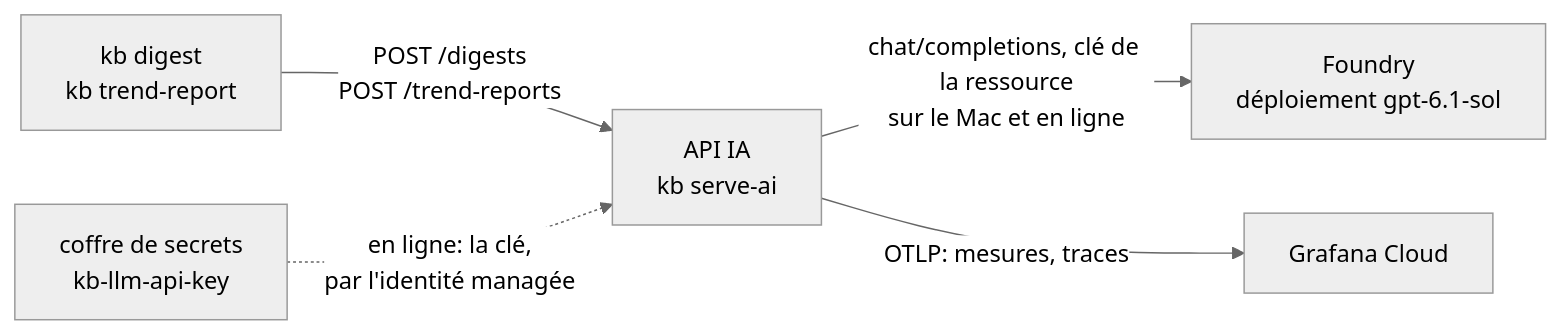
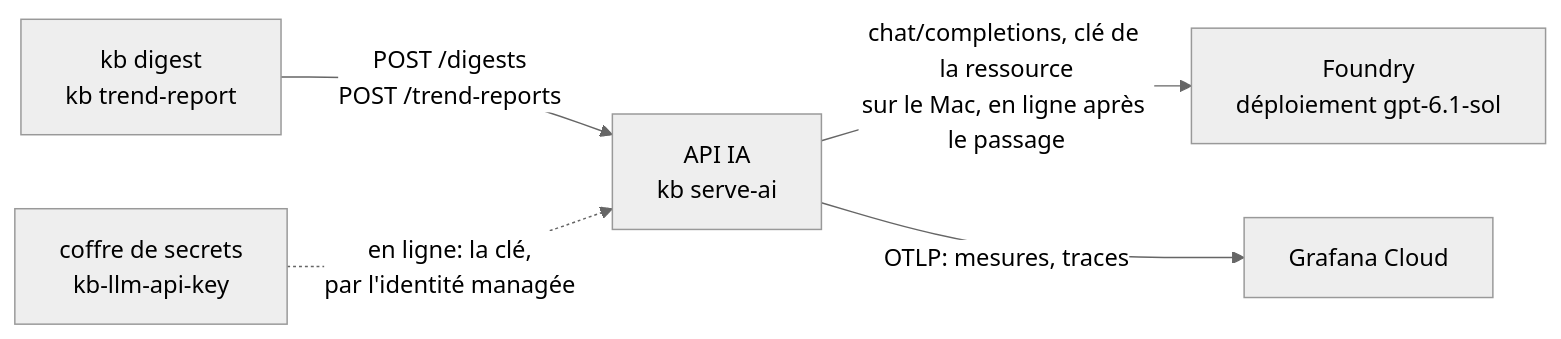
Before and after one commit to SabineLaurent/K-B: the diagram in documentation/service_ia_pour_docu.md, drawn with Mermaid (neutral theme). The commit also changed other lines of this file and 7 other files, not shown here.

````diff
--- a/documentation/service_ia_pour_docu.md
+++ b/documentation/service_ia_pour_docu.md
@@ -307,9 +300,9 @@
 ```mermaid
 flowchart LR
     accTitle: Qui appelle le service d'IA et ce dont l'appel dépend
-    accDescr: kb digest et kb trend-report appellent l'API IA, qui appelle le déploiement gpt-6.1-sol de Foundry par la clé de la ressource et envoie ses mesures et ses traces à Grafana Cloud. En ligne, la clé vient du coffre de secrets, par l'identité managée.
+    accDescr: kb digest et kb trend-report appellent l'API IA, qui appelle le déploiement gpt-6.1-sol de Foundry par la clé de la ressource, sur le Mac, et en ligne après le passage de la production, et envoie ses mesures et ses traces à Grafana Cloud. En ligne, la clé vient du coffre de secrets, par l'identité managée.
     digest["kb digest<br>kb trend-report"] -->|"POST /digests<br>POST /trend-reports"| ai["API IA<br>kb serve-ai"]
-    ai -->|"chat/completions, clé de la ressource<br>sur le Mac et en ligne"| model["Foundry<br>déploiement gpt-6.1-sol"]
+    ai -->|"chat/completions, clé de la ressource<br>sur le Mac, en ligne après le passage"| model["Foundry<br>déploiement gpt-6.1-sol"]
     ai -->|"OTLP: mesures, traces"| grafana["Grafana Cloud"]
     vault["coffre de secrets<br>kb-llm-api-key"] -.->|"en ligne: la clé,<br>par l'identité managée"| ai
 ```
````
